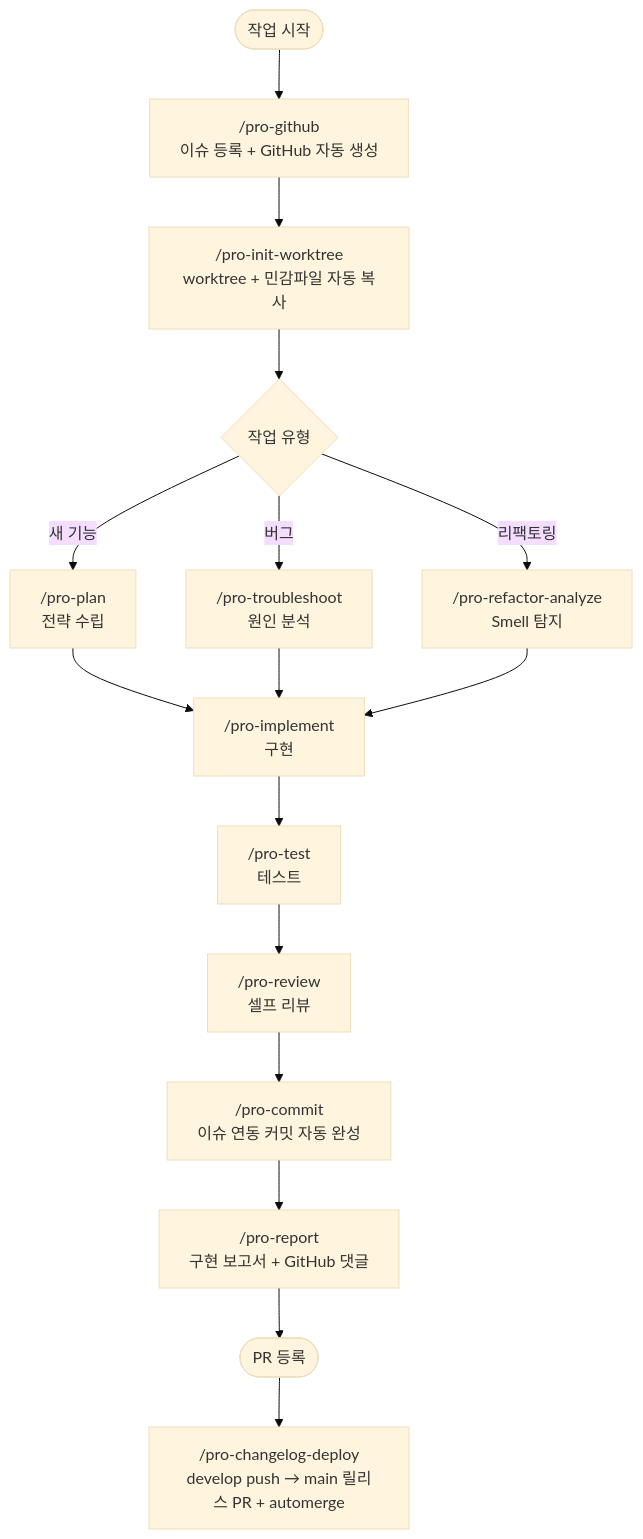
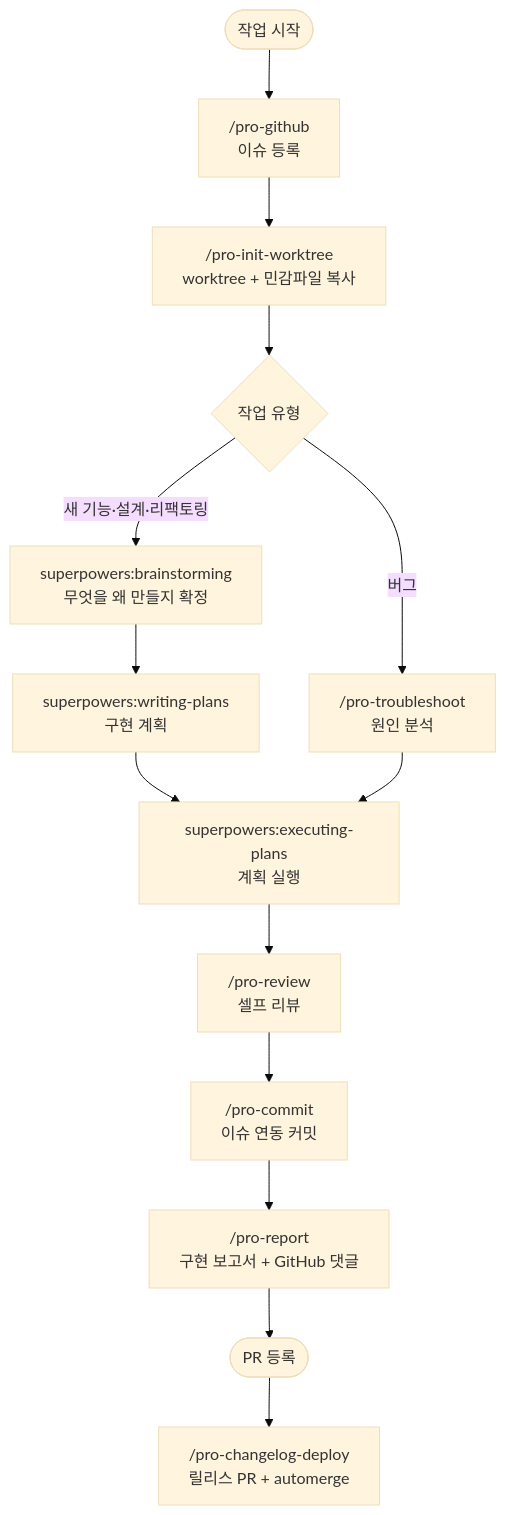
Before and after one commit to Cassiiopeia/projectops: the first of 2 diagrams in README.md, drawn with Mermaid (base theme). The commit also changed other lines of this file and 21 other files, not shown here.

Commit message:
superpowers와 역할이 겹치는 레거시 스킬 정리 : refactor : 산출물 실적이 없는 design·design-analyze·refactor·refactor-analyze·test·ppt·document 7종 삭제, plan·analyze·implement 3종은 자동 트리거를 차단하고 명시 호출 경로만 유지, 라우팅표·흐름도·문서 참조를 superpowers 기준으로 정합화 https://github.com/Cassiiopeia/projectops/issues/535

````diff
--- a/README.md
+++ b/README.md
@@ -41,20 +41,18 @@
 ```mermaid
 flowchart TD
-    A([작업 시작]) --> B["/pro-github\n이슈 등록 + GitHub 자동 생성"]
-    B --> C["/pro-init-worktree\nworktree + 민감파일 자동 복사"]
-    C --> D{작업 유형}
+    A(["작업 시작"]) --> B["/pro-github<br/>이슈 등록"]
+    B --> C["/pro-init-worktree<br/>worktree + 민감파일 복사"]
+    C --> D{"작업 유형"}
 
-    D -->|새 기능| E1["/pro-plan\n전략 수립"]
-    D -->|버그| E2["/pro-troubleshoot\n원인 분석"]
-    D -->|리팩토링| E3["/pro-refactor-analyze\nSmell 탐지"]
+    D -->|새 기능·설계·리팩토링| E1["superpowers:brainstorming<br/>무엇을 왜 만들지 확정"]
+    D -->|버그| E2["/pro-troubleshoot<br/>원인 분석"]
 
-    E1 --> F["/pro-implement\n구현"]
+    E1 --> P["superpowers:writing-plans<br/>구현 계획"]
+    P --> F["superpowers:executing-plans<br/>계획 실행"]
     E2 --> F
-    E3 --> F
-    F --> G["/pro-test\n테스트"]
-    G --> H["/pro-review\n셀프 리뷰"]
-    H --> I["/pro-commit\n이슈 연동 커밋 자동 완성"]
-    I --> J["/pro-report\n구현 보고서 + GitHub 댓글"]
-    J --> K([PR 등록])
-    K --> L["/pro-changelog-deploy\ndevelop push → main 릴리스 PR + automerge"]
+    F --> H["/pro-review<br/>셀프 리뷰"]
+    H --> I["/pro-commit<br/>이슈 연동 커밋"]
+    I --> J["/pro-report<br/>구현 보고서 + GitHub 댓글"]
+    J --> K(["PR 등록"])
+    K --> L["/pro-changelog-deploy<br/>릴리스 PR + automerge"]
 ```
````
